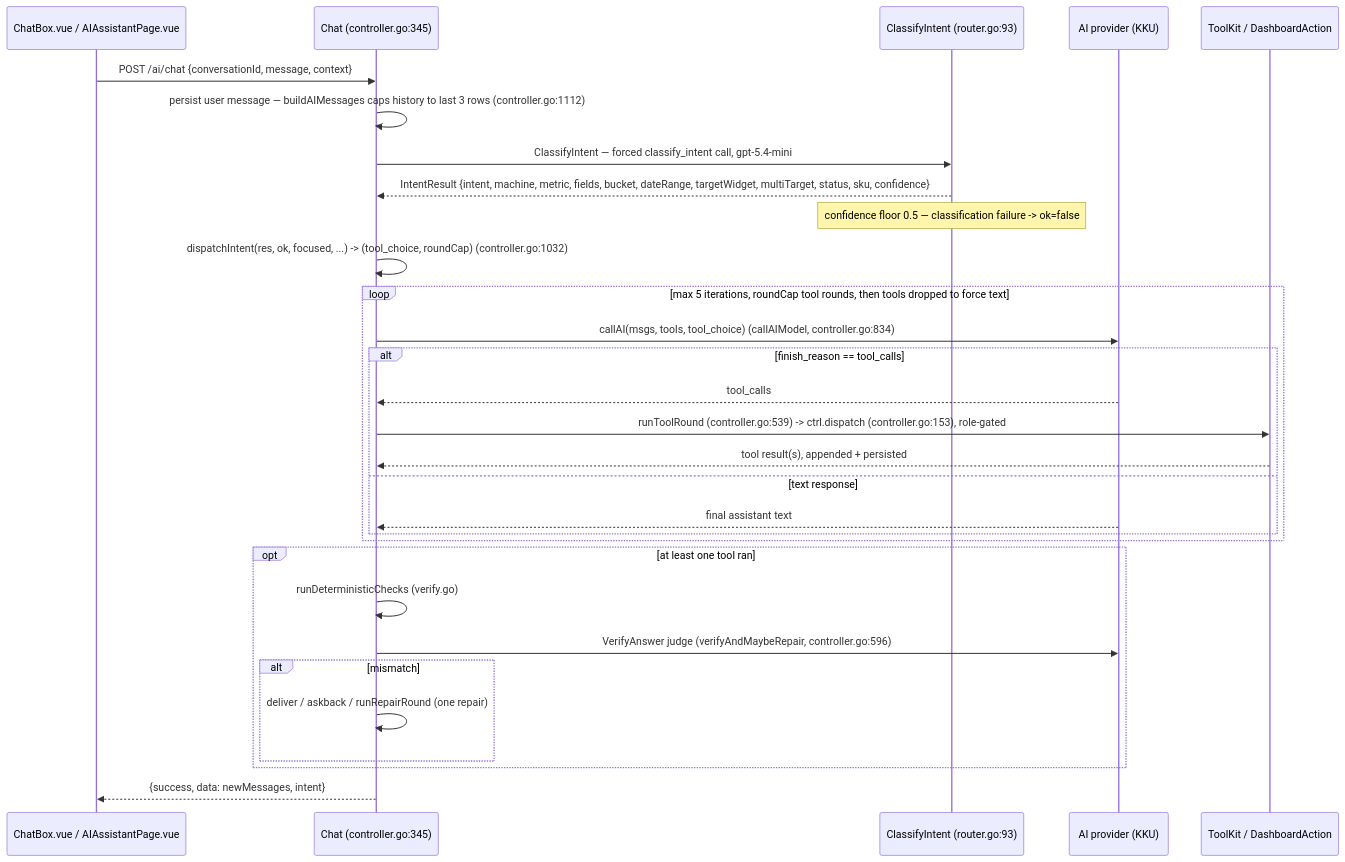
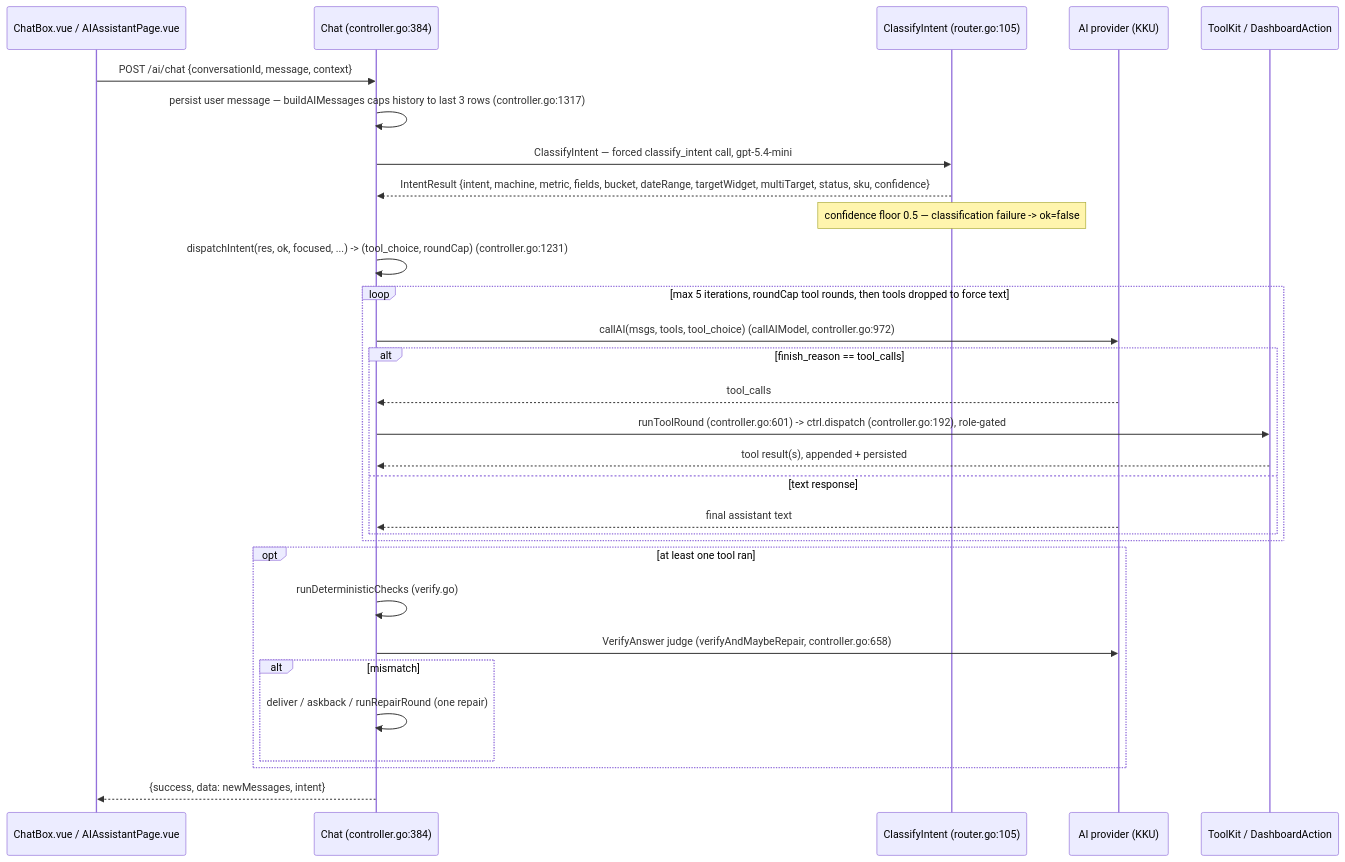
The seventh of 7 diagrams in docs/ai-pages.md (pepegummo/Project-Dashboard-CPF), drawn with Mermaid before and after one commit. The commit also changed other lines of this file and 3 other files, not shown here.

````diff
--- a/docs/ai-pages.md
+++ b/docs/ai-pages.md
@@ -479,36 +481,36 @@
 ```mermaid
 sequenceDiagram
   participant FE as ChatBox.vue / AIAssistantPage.vue
-  participant API as Chat (controller.go:345)
-  participant Router as ClassifyIntent (router.go:93)
+  participant API as Chat (controller.go:384)
+  participant Router as ClassifyIntent (router.go:105)
   participant Groq as AI provider (KKU)
   participant Tools as ToolKit / DashboardAction
 
   FE->>API: POST /ai/chat {conversationId, message, context}
-  API->>API: persist user message — buildAIMessages caps history to last 3 rows (controller.go:1112)
+  API->>API: persist user message — buildAIMessages caps history to last 3 rows (controller.go:1317)
   API->>Router: ClassifyIntent — forced classify_intent call, gpt-5.4-mini
   Router-->>API: IntentResult {intent, machine, metric, fields, bucket, dateRange, targetWidget, multiTarget, status, sku, confidence}
   Note over Router: confidence floor 0.5 — classification failure -> ok=false
-  API->>API: dispatchIntent(res, ok, focused, ...) -> (tool_choice, roundCap) (controller.go:1032)
+  API->>API: dispatchIntent(res, ok, focused, ...) -> (tool_choice, roundCap) (controller.go:1231)
 
   loop max 5 iterations, roundCap tool rounds, then tools dropped to force text
-    API->>Groq: callAI(msgs, tools, tool_choice) (callAIModel, controller.go:834)
+    API->>Groq: callAI(msgs, tools, tool_choice) (callAIModel, controller.go:972)
     alt finish_reason == tool_calls
       Groq-->>API: tool_calls
-      API->>Tools: runToolRound (controller.go:539) -> ctrl.dispatch (controller.go:153), role-gated
+      API->>Tools: runToolRound (controller.go:601) -> ctrl.dispatch (controller.go:192), role-gated
       Tools-->>API: tool result(s), appended + persisted
     else text response
       Groq-->>API: final assistant text
     end
   end
 
   opt at least one tool ran
     API->>API: runDeterministicChecks (verify.go)
-    API->>Groq: VerifyAnswer judge (verifyAndMaybeRepair, controller.go:596)
+    API->>Groq: VerifyAnswer judge (verifyAndMaybeRepair, controller.go:658)
     alt mismatch
       API->>API: deliver / askback / runRepairRound (one repair)
     end
   end
 
   API-->>FE: {success, data: newMessages, intent}
 ```
````
